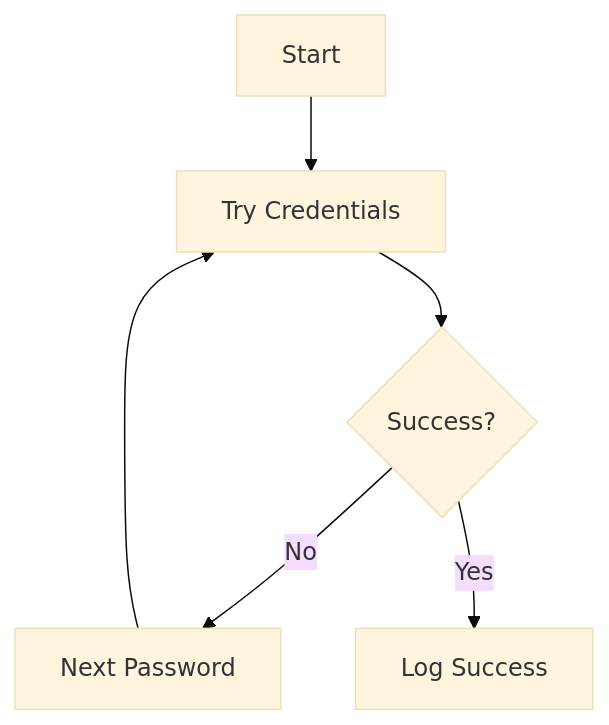
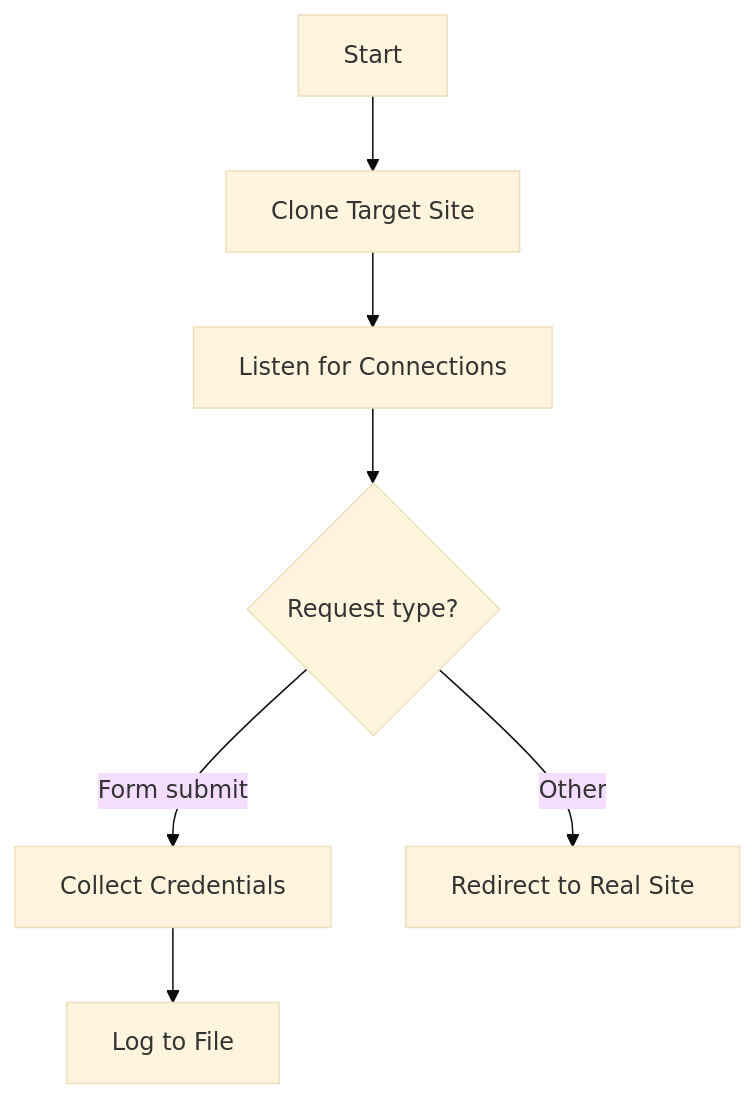
Before and after one commit to Montimage/mmt-attacker: diagram 19 of 20 in docs/PLAYBOOK.md, drawn with Mermaid (base theme). The commit also changed other lines of this file and 6 other files, not shown here.

````diff
--- a/docs/PLAYBOOK.md
+++ b/docs/PLAYBOOK.md
@@ -1412,8 +821,9 @@
 ```mermaid
 graph TB
-    Start --> Try[Try Credentials]
-    Try --> Check{Success?}
-    Check -->|No| Next[Next Password]
-    Check -->|Yes| Log[Log Success]
-    Next --> Try
+    Start --> Clone[Clone Target Site]
+    Clone --> Listen[Listen for Connections]
+    Listen --> Process{Request type?}
+    Process -->|Form submit| Collect[Collect Credentials]
+    Process -->|Other| Redirect[Redirect to Real Site]
+    Collect --> Log[Log to File]
 ```
````
